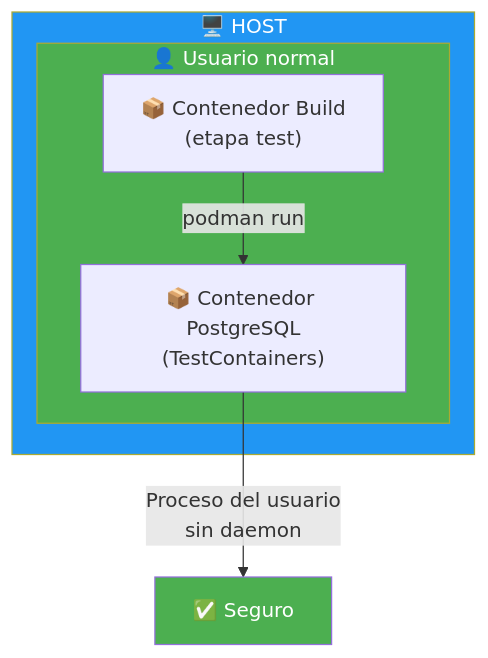
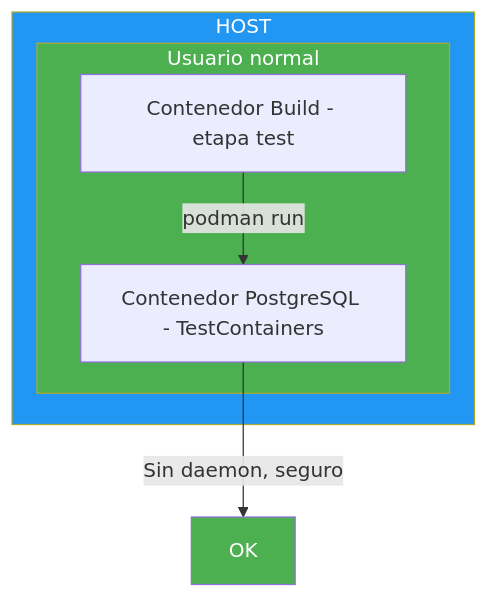
Before and after one commit to joseluisgs/DesarrolloWebEntornosServidor-01-2026-2027: the fourth of 4 diagrams in 23-docker.md, drawn with Mermaid. The commit also changed other lines of this file and 1 other file, not shown here.

Commit message:
[fix] Corregir sintaxis Mermaid en diagramas Docker-in-Docker
Eliminar emojis, comillas y tags br/ de los nodos Mermaid que causaban errores de parsing

````diff
--- a/23-docker.md
+++ b/23-docker.md
@@ -532,14 +532,14 @@
 ```mermaid
 graph TD
-    subgraph HOST["🖥️ HOST"]
-        subgraph USER["👤 Usuario normal"]
-            A["📦 Contenedor Build<br/>(etapa test)"] -->|"podman run"| B["📦 Contenedor PostgreSQL<br/>(TestContainers)"]
+    subgraph HOST["HOST"]
+        subgraph USER["Usuario normal"]
+            A["Contenedor Build - etapa test"] -->|"podman run"| B["Contenedor PostgreSQL - TestContainers"]
         end
     end
 
-    B -->|"Proceso del usuario<br/>sin daemon"| C["✅ Seguro"]
+    B -->|"Sin daemon, seguro"| C["OK"]
 
     style HOST fill:#2196F3,color:#fff
     style USER fill:#4CAF50,color:#fff
     style C fill:#4CAF50,color:#fff
 ```
````
